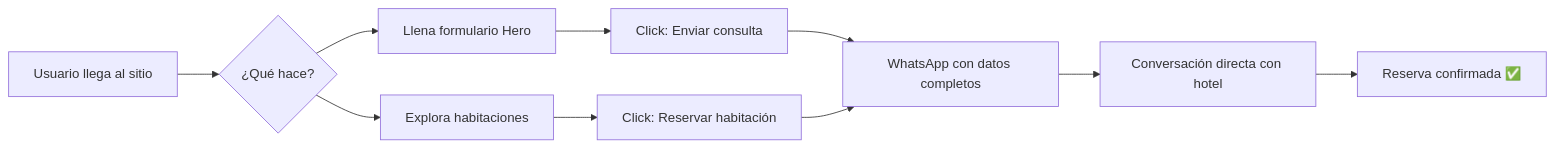
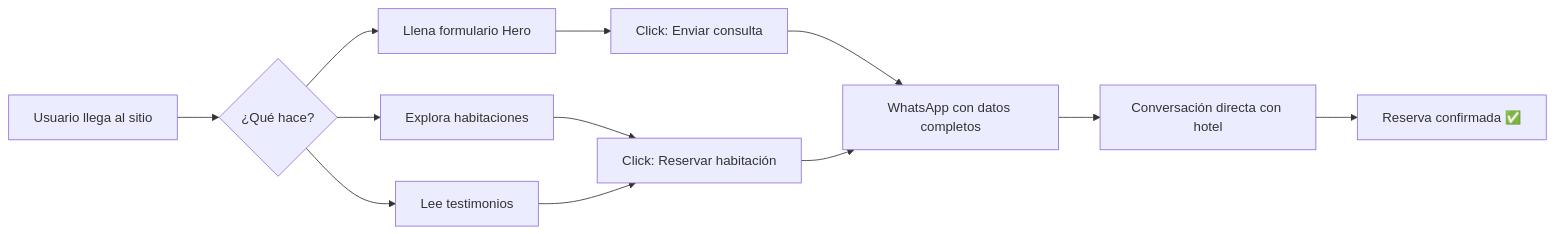
Before and after one commit to 0mar2090/hotelchavin: the diagram in README.md, drawn with Mermaid. The commit also changed other lines of this file and 16 other files, not shown here.

````diff
--- a/README.md
+++ b/README.md
@@ -91,12 +153,14 @@
 ```mermaid
 graph LR
     A[Usuario llega al sitio] --> B{¿Qué hace?}
     B --> C[Llena formulario Hero]
     B --> D[Explora habitaciones]
-    C --> E[Click: Enviar consulta]
-    D --> F[Click: Reservar habitación]
-    E --> G[WhatsApp con datos completos]
-    F --> G
-    G --> H[Conversación directa con hotel]
-    H --> I[Reserva confirmada ✅]
+    B --> E[Lee testimonios]
+    C --> F[Click: Enviar consulta]
+    D --> G[Click: Reservar habitación]
+    E --> G
+    F --> H[WhatsApp con datos completos]
+    G --> H
+    H --> I[Conversación directa con hotel]
+    I --> J[Reserva confirmada ✅]
 ```
````
